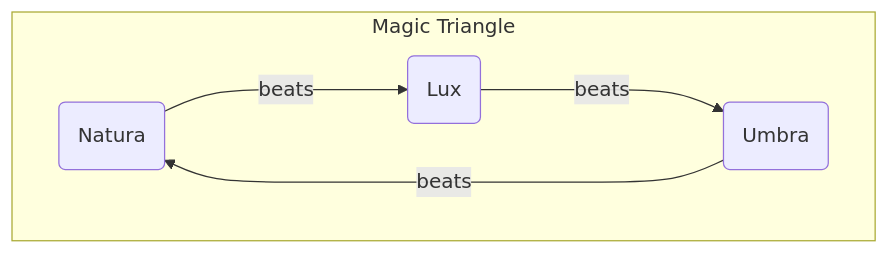
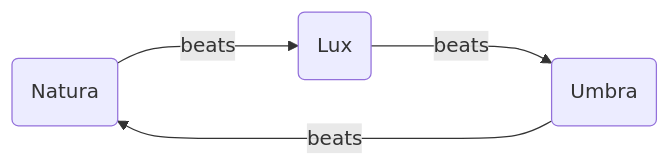
Before and after one commit to DonColon/vigilans-nexum-wiki: the second of 2 diagrams in wiki/catalog/Magic-Spells.md, drawn with Mermaid. The commit also changed other lines of this file and 32 other files, not shown here.

````diff
--- a/wiki/catalog/Magic-Spells.md
+++ b/wiki/catalog/Magic-Spells.md
@@ -87,12 +90,10 @@
 ```mermaid
-flowchart
-    subgraph Magic Triangle
-        natura(Natura)
-        lux(Lux)
-        umbra(Umbra)
+flowchart LR
+    natura(Natura)
+    lux(Lux)
+    umbra(Umbra)
 
-        natura--beats--->lux
-        lux--beats--->umbra
-        umbra--beats--->natura
-    end
+    natura--beats--->lux
+    lux--beats--->umbra
+    umbra--beats--->natura
 ```
````
